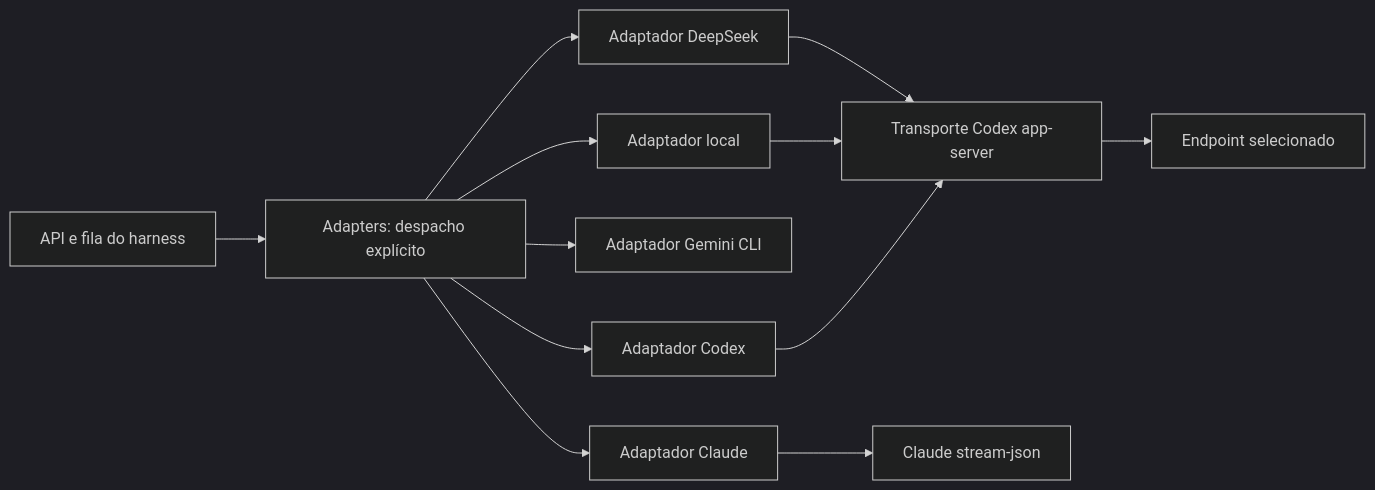
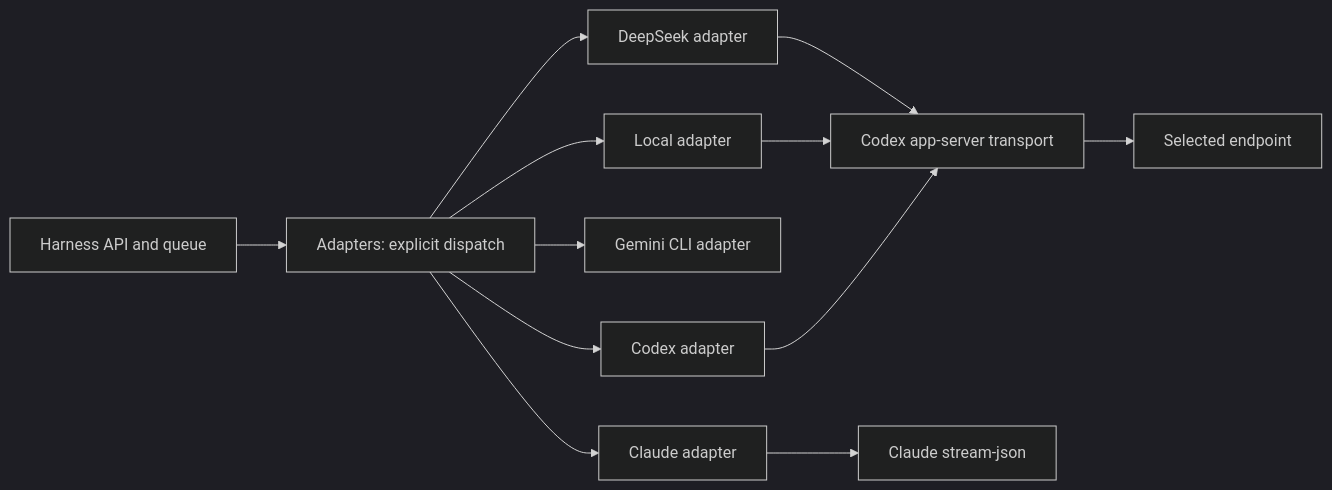
One commit to sophia-phillipa/keepharness changed the diagram in Adapters/README.md. Above: the diagram before and after it, drawn with Mermaid (dark theme). The commit also changed other lines of this file and 42 other files, not shown here.

````diff
--- a/Adapters/README.md
+++ b/Adapters/README.md
@@ -16,14 +16,14 @@
 ```mermaid
 flowchart LR
-    API[API e fila do harness] --> Dispatch[Adapters: despacho explícito]
-    Dispatch --> Codex[Adaptador Codex]
-    Dispatch --> Claude[Adaptador Claude]
-    Dispatch --> Gemini[Adaptador Gemini CLI]
-    Dispatch --> DeepSeek[Adaptador DeepSeek]
-    Dispatch --> Local[Adaptador local]
-    DeepSeek --> Transport[Transporte Codex app-server]
+    API[Harness API and queue] --> Dispatch[Adapters: explicit dispatch]
+    Dispatch --> Codex[Codex adapter]
+    Dispatch --> Claude[Claude adapter]
+    Dispatch --> Gemini[Gemini CLI adapter]
+    Dispatch --> DeepSeek[DeepSeek adapter]
+    Dispatch --> Local[Local adapter]
+    DeepSeek --> Transport[Codex app-server transport]
     Local --> Transport
     Codex --> Transport
     Claude --> CLI[Claude stream-json]
-    Transport --> Remote[Endpoint selecionado]
+    Transport --> Remote[Selected endpoint]
 ```
````
